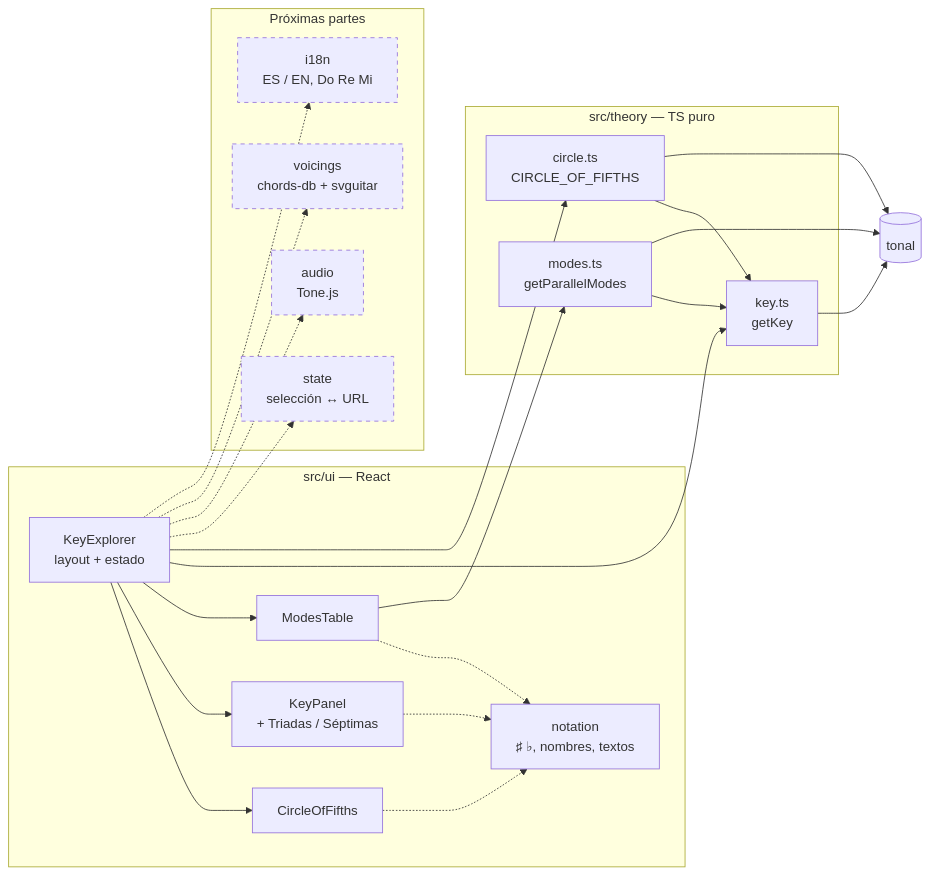
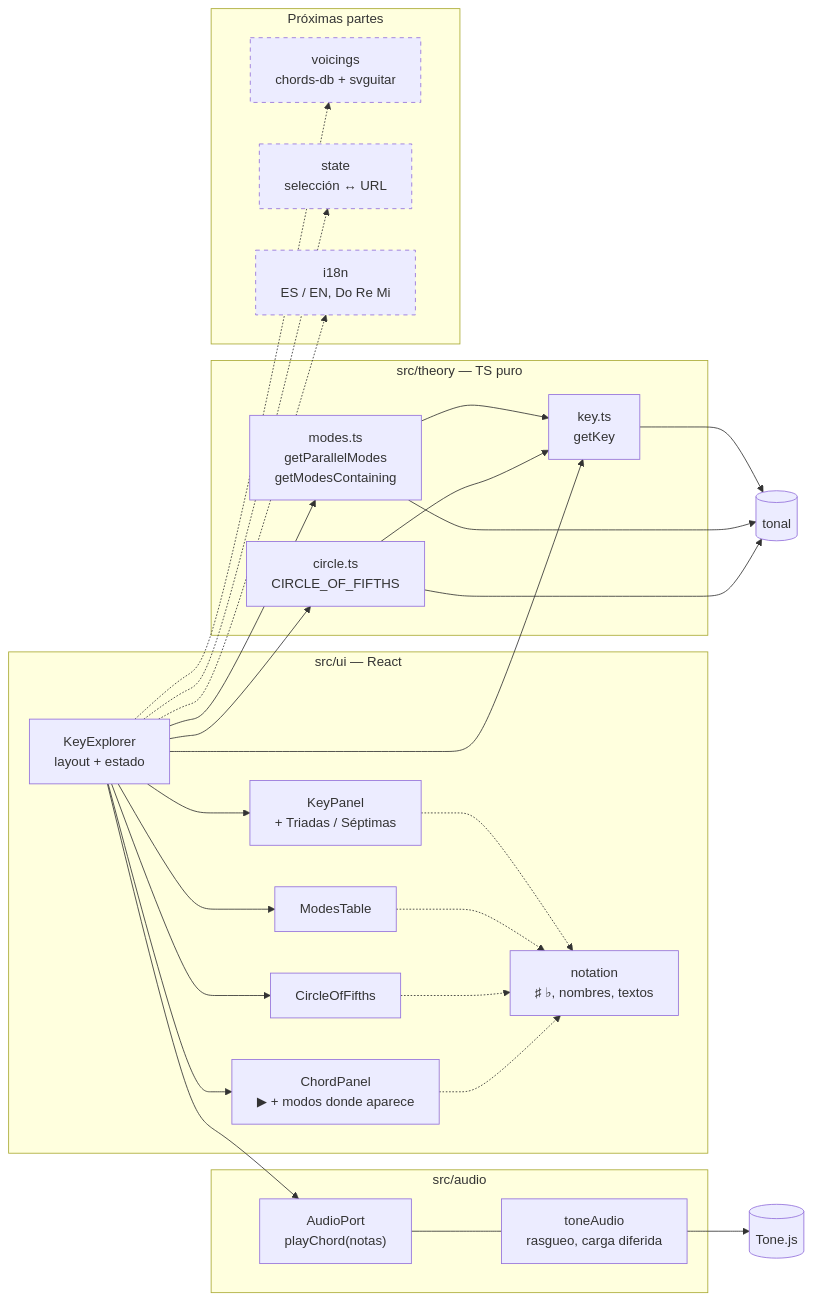
One commit to AndresPampa/cheetsheet-guitar changed the first of 2 diagrams in README.md. Above: the diagram before and after it, drawn with Mermaid. The commit also changed other lines of this file and 22 other files, not shown here.

````diff
--- a/README.md
+++ b/README.md
@@ -39,38 +42,46 @@
 ```mermaid
 flowchart LR
     subgraph ui["src/ui — React"]
         KE["KeyExplorer<br/>layout + estado"]
         COF["CircleOfFifths"]
         KP["KeyPanel<br/>+ Triadas / Séptimas"]
         MT["ModesTable"]
+        CP["ChordPanel<br/>▶ + modos donde aparece"]
         NOT["notation<br/>♯ ♭, nombres, textos"]
-        KE --> COF & KP & MT
-        KP & MT & COF -.-> NOT
+        KE --> COF & KP & MT & CP
+        KP & MT & COF & CP -.-> NOT
     end
 
     subgraph theory["src/theory — TS puro"]
         KEY["key.ts<br/>getKey"]
-        MOD["modes.ts<br/>getParallelModes"]
+        MOD["modes.ts<br/>getParallelModes<br/>getModesContaining"]
         CIR["circle.ts<br/>CIRCLE_OF_FIFTHS"]
         MOD --> KEY
         CIR --> KEY
     end
 
+    subgraph audio["src/audio"]
+        PORT["AudioPort<br/>playChord(notas)"]
+        TONEA["toneAudio<br/>rasgueo, carga diferida"]
+        PORT --- TONEA
+    end
+
     TONAL[("tonal")]
+    TONEJS[("Tone.js")]
 
-    KE --> KEY & CIR
-    MT --> MOD
+    KE --> KEY & CIR & MOD
+    KE --> PORT
+    TONEA --> TONEJS
     KEY & MOD & CIR --> TONAL
 
     subgraph next["Próximas partes"]
-        AUD["audio<br/>Tone.js"]
         VOI["voicings<br/>chords-db + svguitar"]
         ST["state<br/>selección ↔ URL"]
         I18N["i18n<br/>ES / EN, Do Re Mi"]
     end
 
-    KE -.-> ST & AUD & VOI & I18N
+    KE -.-> ST & VOI & I18N
 
     classDef planned stroke-dasharray: 5 5
-    class AUD,VOI,ST,I18N planned
+    class VOI,ST,I18N planned
 ```
````
